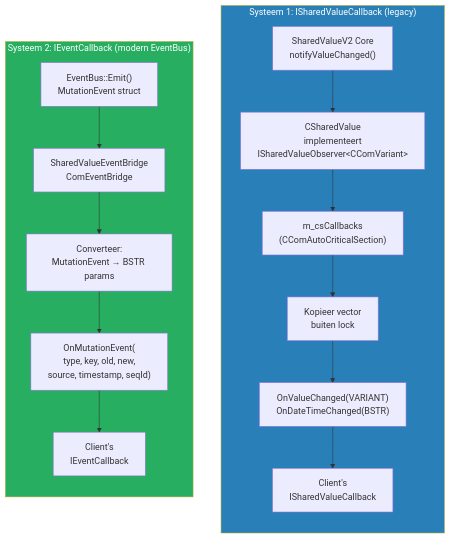
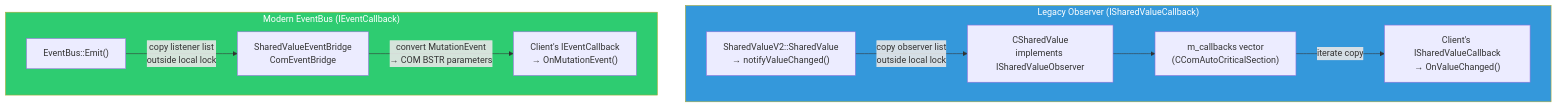
The tenth of 20 diagrams in ATLProjectcomserverExe/ARCHITECTURE.md (snodeplannen/sharedvar), drawn with Mermaid before and after one commit. The commit also changed other lines of this file and 90 other files, not shown here.

````diff
--- a/ATLProjectcomserverExe/ARCHITECTURE.md
+++ b/ATLProjectcomserverExe/ARCHITECTURE.md
@@ -626,35 +479,25 @@
 ```mermaid
 graph TB
-    subgraph Legacy["Systeem 1: ISharedValueCallback (legacy)"]
-        direction TB
-        SV_CORE["SharedValueV2 Core<br/>notifyValueChanged()"] 
-        SV_OBS["CSharedValue<br/>implementeert<br/>ISharedValueObserver&lt;CComVariant&gt;"]
-        CB_LOCK["m_csCallbacks<br/>(CComAutoCriticalSection)"]
-        CB_COPY["Kopieer vector<br/>buiten lock"]
-        CB_FIRE["OnValueChanged(VARIANT)<br/>OnDateTimeChanged(BSTR)"]
-        CLIENT_CB["Client's<br/>ISharedValueCallback"]
+    subgraph Legacy["Legacy Observer (ISharedValueCallback)"]
+        SV_OBS["CSharedValue<br/>implements ISharedValueObserver"]
+        V2_CORE["SharedValueV2::SharedValue<br/>→ notifyValueChanged()"]
+        CB_LIST["m_callbacks vector<br/>(CComAutoCriticalSection)"]
+        ISVCB["Client's ISharedValueCallback<br/>→ OnValueChanged()"]
 
-        SV_CORE --> SV_OBS
-        SV_OBS --> CB_LOCK
-        CB_LOCK --> CB_COPY
-        CB_COPY --> CB_FIRE
-        CB_FIRE --> CLIENT_CB
+        V2_CORE -->|"copy observer list<br/>outside local lock"| SV_OBS
+        SV_OBS --> CB_LIST
+        CB_LIST -->|"iterate copy"| ISVCB
     end
 
-    subgraph Modern["Systeem 2: IEventCallback (modern EventBus)"]
-        direction TB
-        EB_CORE["EventBus::Emit()<br/>MutationEvent struct"]
-        EB_BRIDGE["SharedValueEventBridge<br/>ComEventBridge"]
-        EB_CONV["Converteer:<br/>MutationEvent → BSTR params"]
-        EB_FIRE["OnMutationEvent(<br/>type, key, old, new,<br/>source, timestamp, seqId)"]
-        CLIENT_EC["Client's<br/>IEventCallback"]
+    subgraph Modern["Modern EventBus (IEventCallback)"]
+        EB_CORE["EventBus::Emit()"]
+        SVB_BRIDGE["SharedValueEventBridge<br/>ComEventBridge"]
+        IECB["Client's IEventCallback<br/>→ OnMutationEvent()"]
 
-        EB_CORE --> EB_BRIDGE
-        EB_BRIDGE --> EB_CONV
-        EB_CONV --> EB_FIRE
-        EB_FIRE --> CLIENT_EC
+        EB_CORE -->|"copy listener list<br/>outside local lock"| SVB_BRIDGE
+        SVB_BRIDGE -->|"convert MutationEvent<br/>→ COM BSTR parameters"| IECB
     end
 
-    style Legacy fill:#2980b9,color:#fff
-    style Modern fill:#27ae60,color:#fff
+    style Legacy fill:#3498db,color:#fff
+    style Modern fill:#2ecc71,color:#fff
 ```
````
